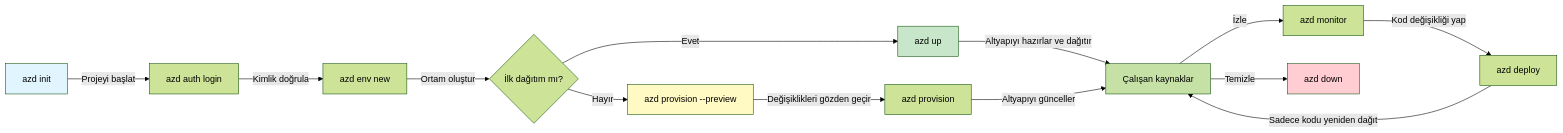
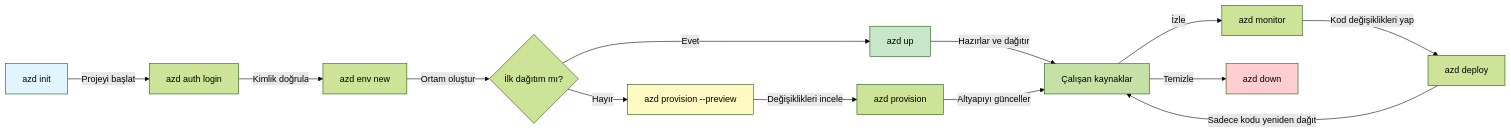
Before and after one commit to microsoft/AZD-for-beginners: the first of 2 diagrams in translations/tr/docs/chapter-01-foundation/azd-basics.md, drawn with Mermaid (forest theme). The commit also changed other lines of this file and 101 other files, not shown here.

````diff
--- a/translations/tr/docs/chapter-01-foundation/azd-basics.md
+++ b/translations/tr/docs/chapter-01-foundation/azd-basics.md
@@ -254,21 +269,21 @@
 ```mermaid
 graph LR
     A[azd init] -->|Projeyi başlat| B[azd auth login]
     B -->|Kimlik doğrula| C[azd env new]
     C -->|Ortam oluştur| D{İlk dağıtım mı?}
     D -->|Evet| E[azd up]
     D -->|Hayır| F[azd provision --preview]
-    F -->|Değişiklikleri gözden geçir| G[azd provision]
-    E -->|Altyapıyı hazırlar ve dağıtır| H[Çalışan kaynaklar]
+    F -->|Değişiklikleri incele| G[azd provision]
+    E -->|Hazırlar ve dağıtır| H[Çalışan kaynaklar]
     G -->|Altyapıyı günceller| H
     H -->|İzle| I[azd monitor]
-    I -->|Kod değişikliği yap| J[azd deploy]
+    I -->|Kod değişiklikleri yap| J[azd deploy]
     J -->|Sadece kodu yeniden dağıt| H
     H -->|Temizle| K[azd down]
     
     style A fill:#e1f5fe
     style E fill:#c8e6c9
     style F fill:#fff9c4
     style H fill:#c5e1a5
     style K fill:#ffcdd2
 ```
````
